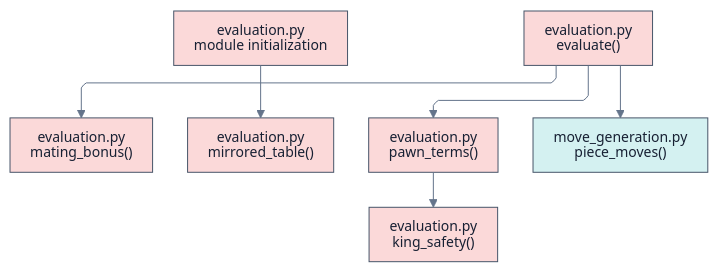
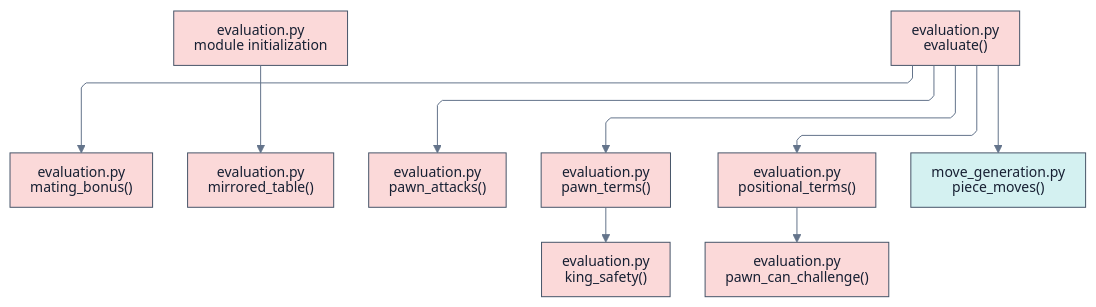
One commit to dbiersach/remus changed the diagram in docs/engines/Remus5/mermaid/evaluation.mmd. Above: the diagram before and after it, drawn with Mermaid. The commit also changed 126 other files, not shown here.

```diff
--- a/docs/engines/Remus5/mermaid/evaluation.mmd
+++ b/docs/engines/Remus5/mermaid/evaluation.mmd
@@ -1,42 +1,49 @@
 ---
 config:
   layout: elk
   theme: base
   htmlLabels: false
   themeVariables:
     fontFamily: Arial
     fontSize: 14px
     lineColor: "#64748b"
     primaryTextColor: "#172033"
   flowchart:
     htmlLabels: false
     curve: linear
     wrappingWidth: 320
     nodeSpacing: 24
     rankSpacing: 45
     padding: 10
 ---
 flowchart TB
     n0["evaluation.py<br/>module initialization"]:::m5
     n1["evaluation.py<br/>evaluate()"]:::m5
     n2["evaluation.py<br/>king_safety()"]:::m5
     n3["evaluation.py<br/>mating_bonus()"]:::m5
     n4["evaluation.py<br/>mirrored_table()"]:::m5
-    n5["evaluation.py<br/>pawn_terms()"]:::m5
-    n6["move_generation.py<br/>piece_moves()"]:::m6
+    n5["evaluation.py<br/>pawn_attacks()"]:::m5
+    n6["evaluation.py<br/>pawn_can_challenge()"]:::m5
+    n7["evaluation.py<br/>pawn_terms()"]:::m5
+    n8["evaluation.py<br/>positional_terms()"]:::m5
+    n9["move_generation.py<br/>piece_moves()"]:::m6
     n0 --> n4
     n1 --> n3
     n1 --> n5
-    n1 --> n6
-    n5 --> n2
+    n1 --> n7
+    n1 --> n8
+    n1 --> n9
+    n7 --> n2
+    n8 --> n6
     classDef m0 fill:#dbe8fb,stroke:#475569,stroke-width:1px,color:#172033;
     classDef m1 fill:#fde2cf,stroke:#475569,stroke-width:1px,color:#172033;
     classDef m2 fill:#e3f4d7,stroke:#475569,stroke-width:1px,color:#172033;
     classDef m3 fill:#efe0f7,stroke:#475569,stroke-width:1px,color:#172033;
     classDef m4 fill:#fff1c2,stroke:#475569,stroke-width:1px,color:#172033;
     classDef m5 fill:#fbd9d9,stroke:#475569,stroke-width:1px,color:#172033;
     classDef m6 fill:#d4f1f1,stroke:#475569,stroke-width:1px,color:#172033;
     classDef m7 fill:#ece4d6,stroke:#475569,stroke-width:1px,color:#172033;
     classDef m8 fill:#fadcec,stroke:#475569,stroke-width:1px,color:#172033;
     classDef m9 fill:#e2e5f3,stroke:#475569,stroke-width:1px,color:#172033;
     classDef m10 fill:#cdeedc,stroke:#475569,stroke-width:1px,color:#172033;
+    classDef m11 fill:#dce8d4,stroke:#475569,stroke-width:1px,color:#172033;
```
